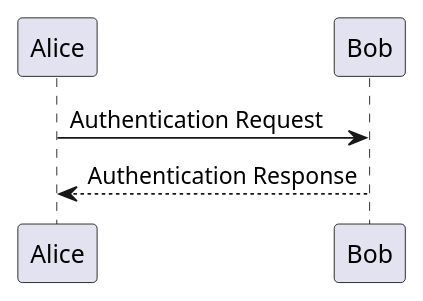
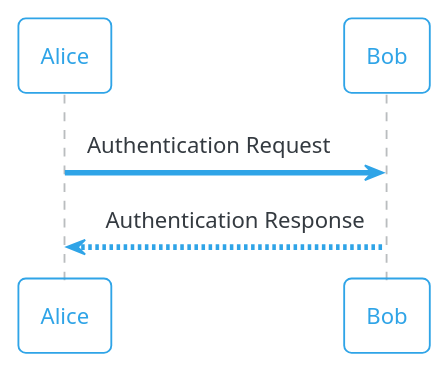
Before and after one commit to f4z3r/.bootstrap: the diagram in doc/pandoc/sample.md, drawn with PlantUML. The commit also changed other lines of this file and 2 other files, not shown here.

Commit message:
feat(pandoc): add title page logo and svg example output plantuml

````diff
--- a/doc/pandoc/sample.md
+++ b/doc/pandoc/sample.md
@@ -22,6 +27,7 @@
-```plantuml
+```{.plantuml im_fmt="svg"}
 @startuml
+!theme cerulean-outline
 Alice -> Bob: Authentication Request
 Bob --> Alice: Authentication Response
 @enduml
 ```
````
